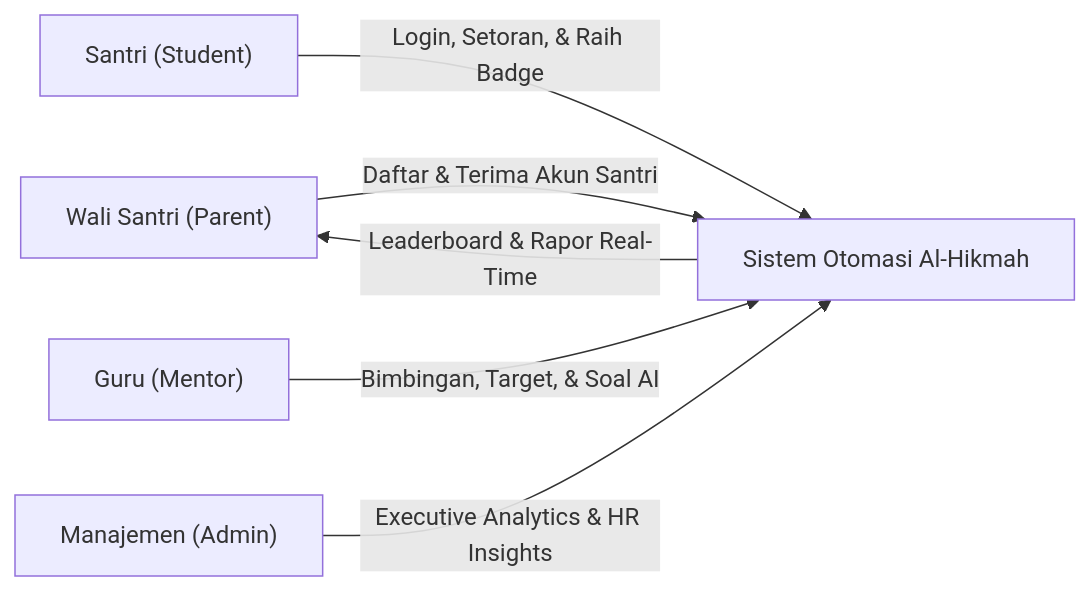
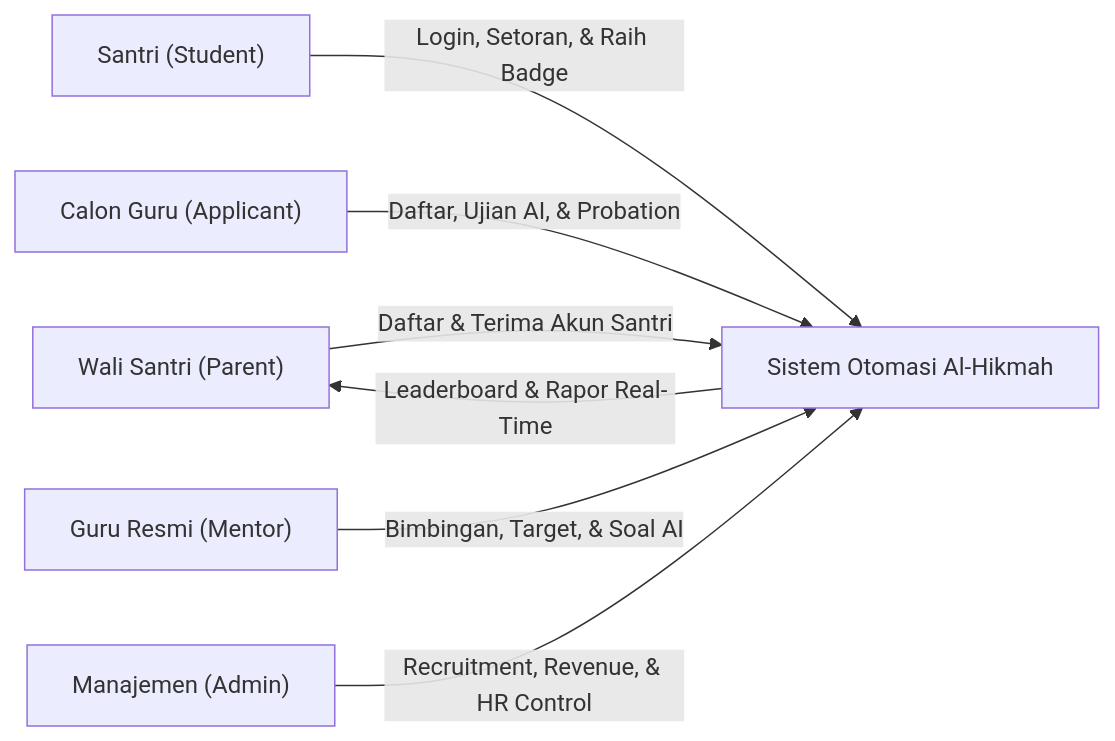
Before and after one commit to MasDan-stack/al-hikmah-lms: the first of 3 diagrams in tentang.md, drawn with Mermaid. The commit also changed other lines of this file and 68 other files, not shown here.

Commit message:
feat: complete v8.3 mentor recruitment, probation tracking, multi-provider AI generator, mentor leave & substitute management, and cleanup docs

````diff
--- a/tentang.md
+++ b/tentang.md
@@ -41,8 +53,9 @@
 ```mermaid
 graph LR
     A["Wali Santri (Parent)"] -->|"Daftar & Terima Akun Santri"| B["Sistem Otomasi Al-Hikmah"]
     C["Santri (Student)"] -->|"Login, Setoran, & Raih Badge"| B
-    D["Guru (Mentor)"] -->|"Bimbingan, Target, & Soal AI"| B
+    D["Calon Guru (Applicant)"] -->|"Daftar, Ujian AI, & Probation"| B
+    E["Guru Resmi (Mentor)"] -->|"Bimbingan, Target, & Soal AI"| B
     B -->|"Leaderboard & Rapor Real-Time"| A
-    E["Manajemen (Admin)"] -->|"Executive Analytics & HR Insights"| B
+    F["Manajemen (Admin)"] -->|"Recruitment, Revenue, & HR Control"| B
 ```
````
